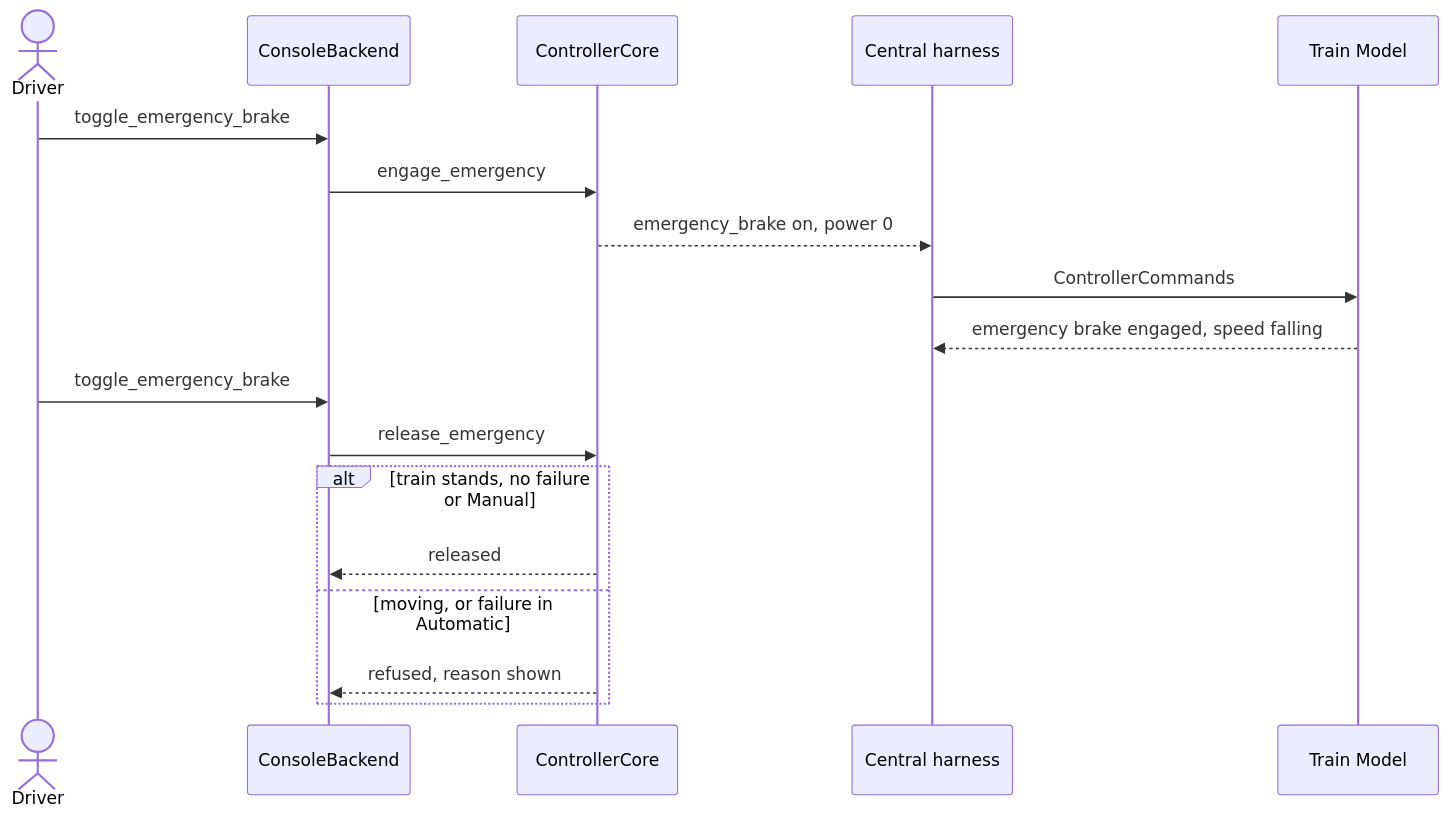
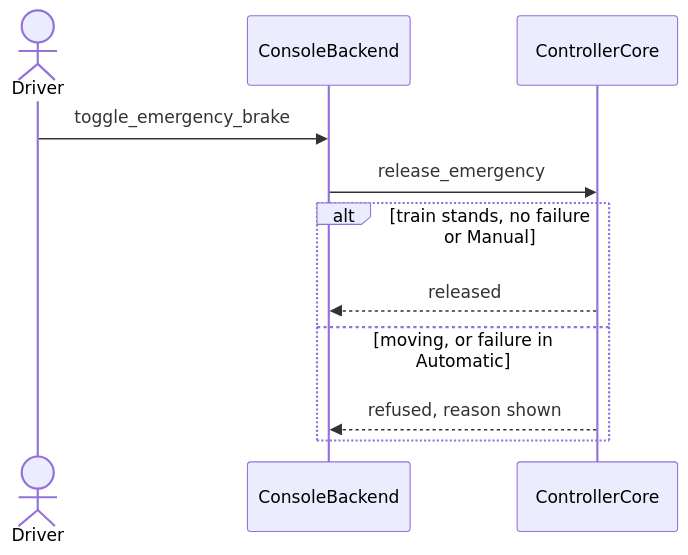
One commit to Landiss04/Track-Overflow changed the tenth of 11 diagrams in documents/Railway_Sim_SDD_Train_Controller.md. Above: the diagram before and after it, drawn with Mermaid. The commit also changed other lines of this file, not shown here.

````diff
--- a/documents/Railway_Sim_SDD_Train_Controller.md
+++ b/documents/Railway_Sim_SDD_Train_Controller.md
@@ -1038,20 +1189,13 @@
 ```mermaid
 sequenceDiagram
   actor D as Driver
   participant B as ConsoleBackend
   participant C as ControllerCore
-  participant H as Central harness
-  participant TM as Train Model
-  D->>B: toggle_emergency_brake
-  B->>C: engage_emergency
-  C-->>H: emergency_brake on, power 0
-  H->>TM: ControllerCommands
-  TM-->>H: emergency brake engaged, speed falling
   D->>B: toggle_emergency_brake
   B->>C: release_emergency
   alt train stands, no failure or Manual
     C-->>B: released
   else moving, or failure in Automatic
     C-->>B: refused, reason shown
   end
 ```
````
